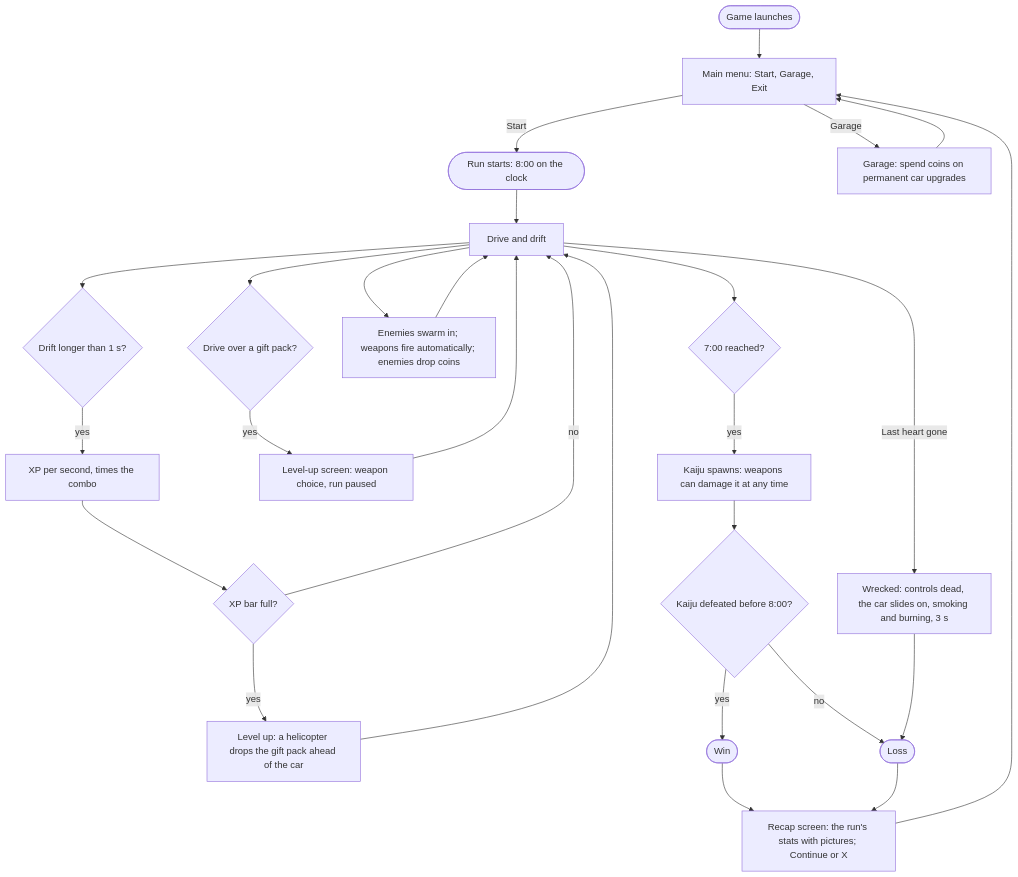
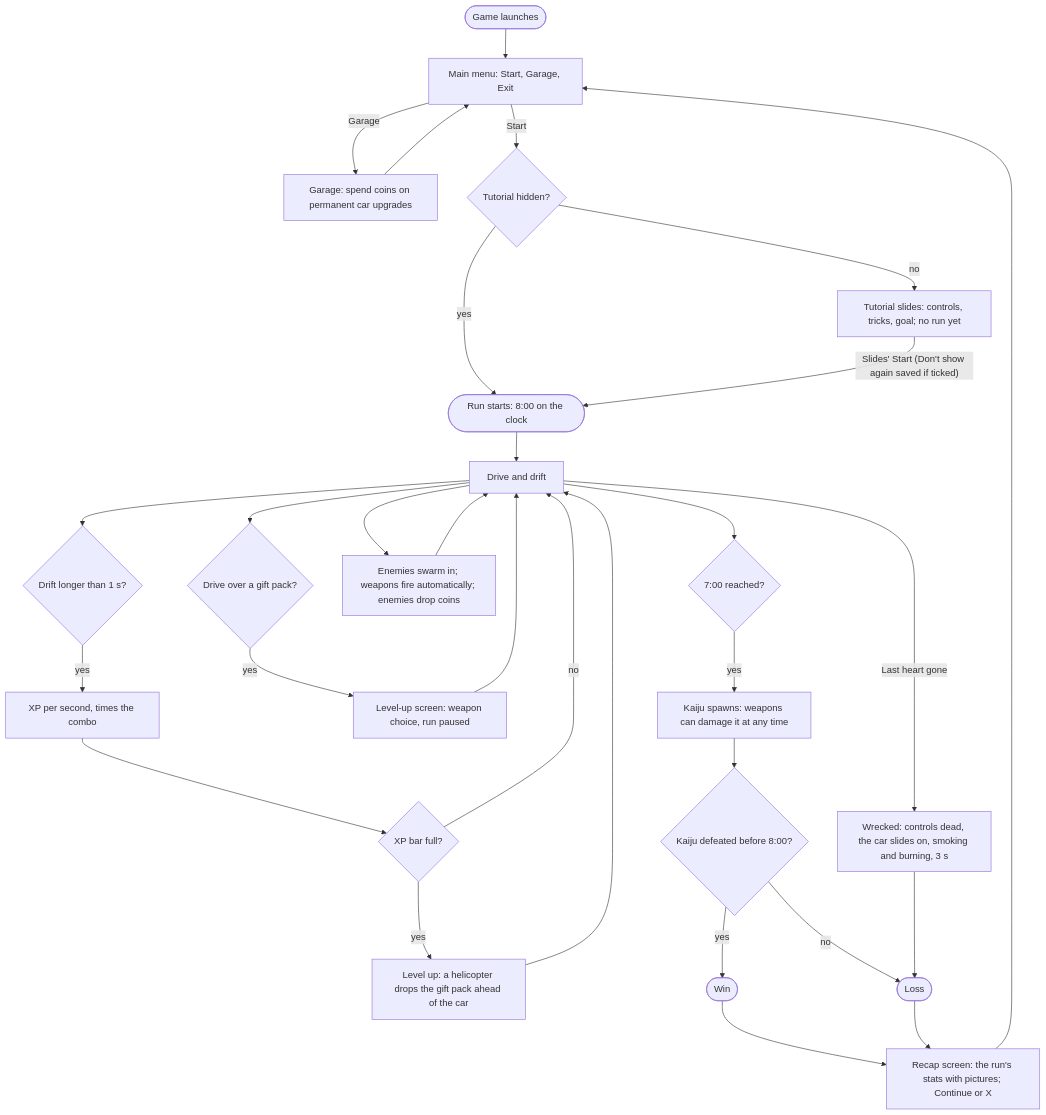
One commit to akyrat/solid-carbide-game changed the diagram in docs/game-loop-architecture.md. Above: the diagram before and after it, drawn with Mermaid. The commit also changed other lines of this file and 12 other files, not shown here.

Commit message:
T-387: the main menu's Start shows the tutorial slides before the run, unless hidden

````diff
--- a/docs/game-loop-architecture.md
+++ b/docs/game-loop-architecture.md
@@ -59,23 +60,26 @@
 ```mermaid
 flowchart TD
     launch([Game launches]) --> menu
     start([Run starts: 8:00 on the clock]) --> drive[Drive and drift]
     drive --> drift{Drift longer than 1 s?}
     drift -- yes --> dxp[XP per second, times the combo] --> lvl{XP bar full?}
     lvl -- yes --> heli[Level up: a helicopter drops the gift pack ahead of the car] --> drive
     drive --> pack{Drive over a gift pack?}
     pack -- yes --> choice[Level-up screen: weapon choice, run paused] --> drive
     lvl -- no --> drive
     drive --> enemies[Enemies swarm in; weapons fire automatically; enemies drop coins] --> drive
     drive --> boss{7:00 reached?}
     boss -- yes --> kaiju[Kaiju spawns: weapons can damage it at any time]
     kaiju --> win{Kaiju defeated before 8:00?}
     win -- yes --> won([Win])
     win -- no --> lost([Loss])
     drive -- Last heart gone --> wreck[Wrecked: controls dead, the car slides on, smoking and burning, 3 s] --> lost
     won --> recap[Recap screen: the run's stats with pictures; Continue or X]
     lost --> recap
     recap --> menu[Main menu: Start, Garage, Exit]
     menu -- Garage --> garage[Garage: spend coins on permanent car upgrades] --> menu
-    menu -- Start --> start
+    menu -- Start --> hidden{Tutorial hidden?}
+    hidden -- yes --> start
+    hidden -- no --> slides[Tutorial slides: controls, tricks, goal; no run yet]
+    slides -- "Slides' Start (Don't show again saved if ticked)" --> start
 ```
````
